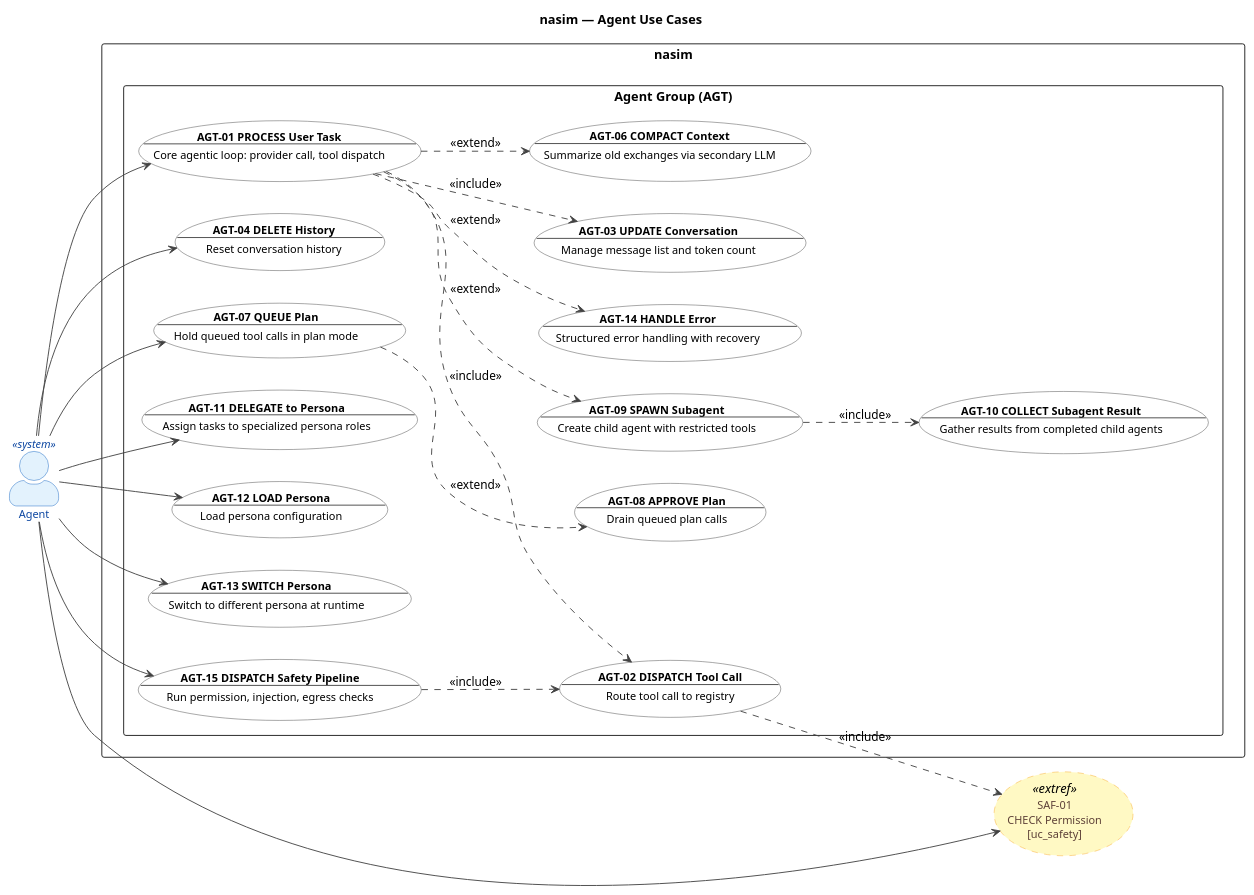
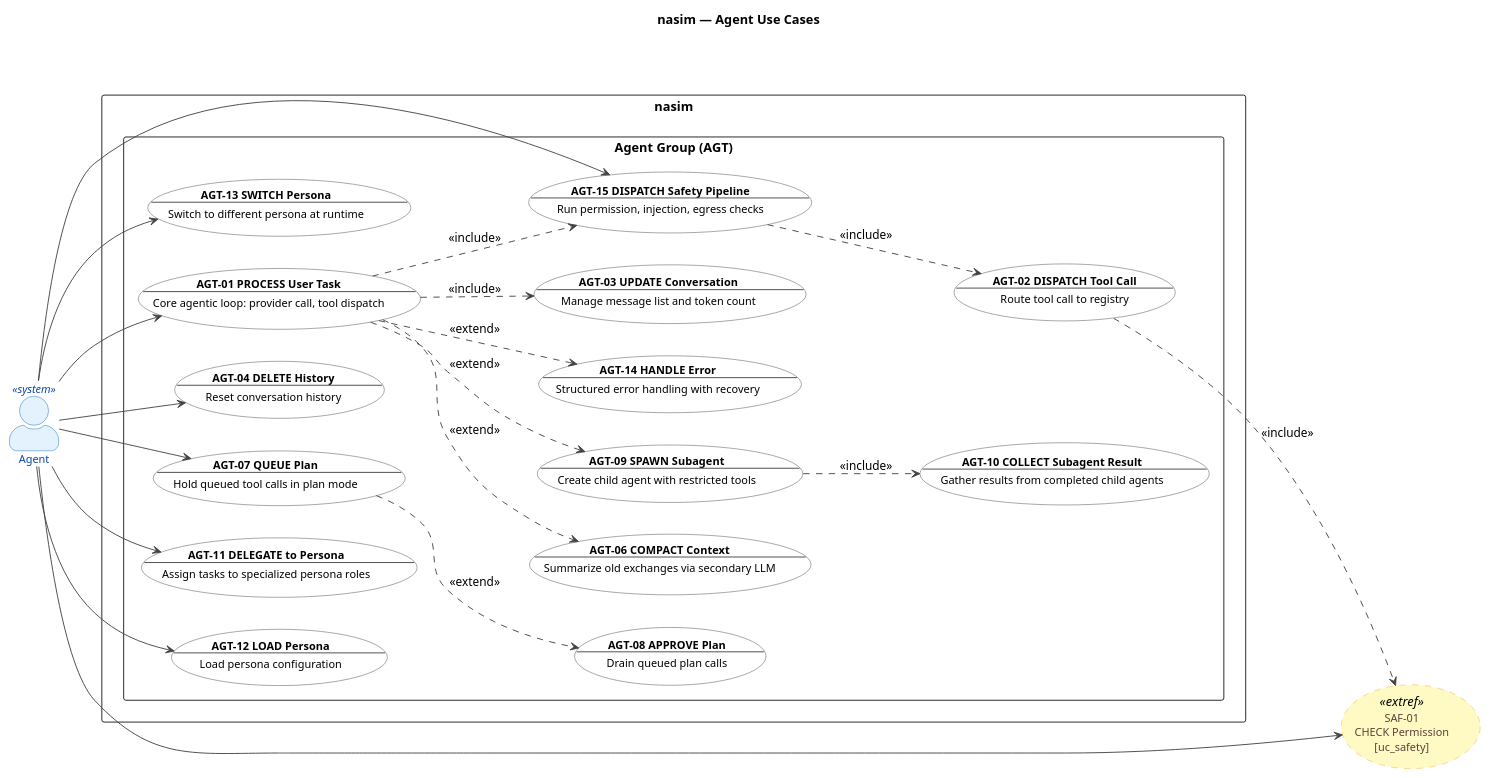
Diagram 11 of 22 in UC.md (salimnamvar/nasim), drawn with PlantUML before and after one commit. The commit also changed 153 other files, not shown here.

```diff
--- a/UC.md
+++ b/UC.md
@@ -1159,10 +1159,10 @@
 ' Relationships
 ' ============================================================
 
-AGT01 ..> AGT02 : <<include>>
+AGT01 ..> AGT15 : <<include>>
 AGT01 ..> AGT03 : <<include>>
+AGT15 ..> AGT02 : <<include>>
 AGT02 ..> SAF01_ext : <<include>>
-AGT15 ..> AGT02 : <<include>>
 AGT01 ..> AGT06 : <<extend>>
 AGT07 ..> AGT08 : <<extend>>
 AGT01 ..> AGT09 : <<extend>>
```
